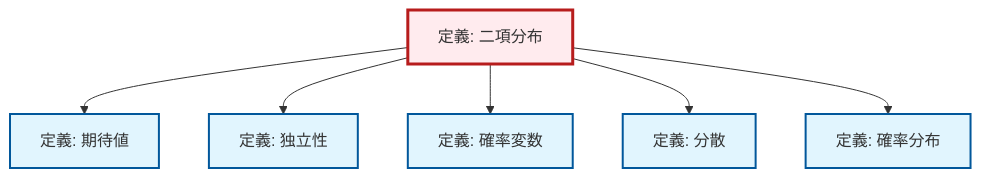
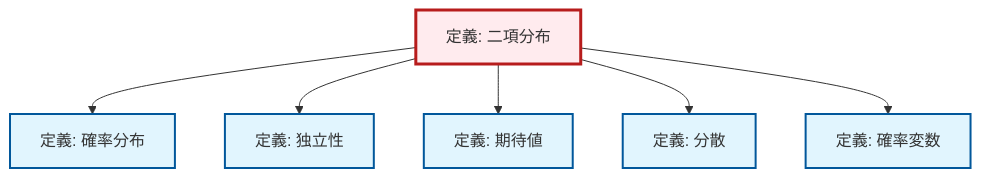
Before and after one commit to RK0429/ModernMath: the diagram in content/ja/probability-statistics/def-binomial-distribution.qmd, drawn with Mermaid. The commit also changed other lines of this file and 328 other files, not shown here.

````diff
--- a/content/ja/probability-statistics/def-binomial-distribution.qmd
+++ b/content/ja/probability-statistics/def-binomial-distribution.qmd
@@ -127,26 +127,26 @@
 ```{mermaid}
 %%| fig-cap: "ローカル依存関係グラフ"
 graph TD
     classDef definition fill:#e1f5fe,stroke:#01579b,stroke-width:2px
     classDef theorem fill:#f3e5f5,stroke:#4a148c,stroke-width:2px
     classDef axiom fill:#fff3e0,stroke:#e65100,stroke-width:2px
     classDef example fill:#e8f5e9,stroke:#1b5e20,stroke-width:2px
     classDef current fill:#ffebee,stroke:#b71c1c,stroke-width:3px
+    def-random-variable["定義: 確率変数"]:::definition
+    def-independence["定義: 独立性"]:::definition
+    def-variance["定義: 分散"]:::definition
+    def-probability-distribution["定義: 確率分布"]:::definition
+    def-expectation["定義: 期待値"]:::definition
     def-binomial-distribution["定義: 二項分布"]:::definition
-    def-independence["定義: 独立性"]:::definition
-    def-expectation["定義: 期待値"]:::definition
-    def-probability-distribution["定義: 確率分布"]:::definition
-    def-variance["定義: 分散"]:::definition
-    def-random-variable["定義: 確率変数"]:::definition
+    def-binomial-distribution --> def-probability-distribution
+    def-binomial-distribution --> def-independence
     def-binomial-distribution --> def-expectation
-    def-binomial-distribution --> def-independence
+    def-binomial-distribution --> def-variance
     def-binomial-distribution --> def-random-variable
-    def-binomial-distribution --> def-variance
-    def-binomial-distribution --> def-probability-distribution
     class def-binomial-distribution current
+    click def-random-variable "def-random-variable.html" "確率変数の定義へ"
     click def-independence "def-independence.html" "独立性の定義へ"
+    click def-variance "def-variance.html" "分散の定義へ"
+    click def-probability-distribution "def-probability-distribution.html" "確率分布の定義へ"
     click def-expectation "def-expectation.html" "期待値の定義へ"
-    click def-probability-distribution "def-probability-distribution.html" "確率分布の定義へ"
-    click def-variance "def-variance.html" "分散の定義へ"
-    click def-random-variable "def-random-variable.html" "確率変数の定義へ"
 ```
````
